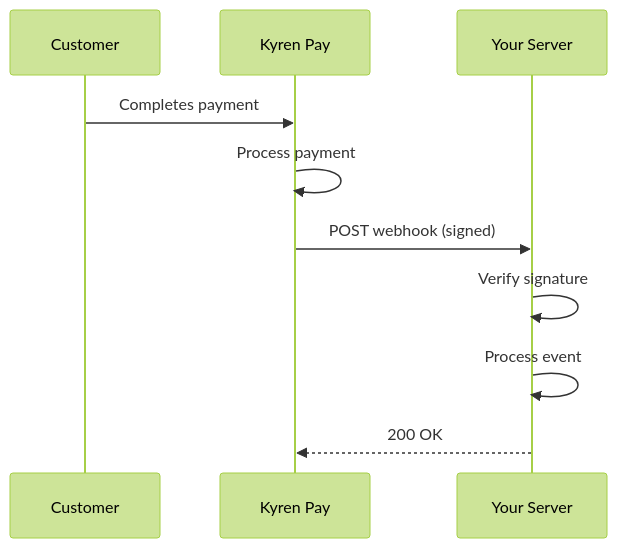
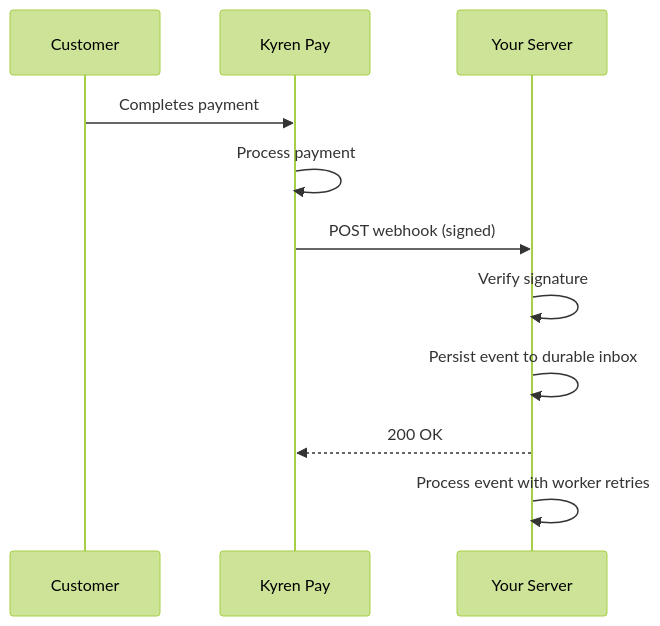
The diagram in webhooks/overview.mdx (kyren-network/mintlify-docs), drawn with Mermaid (forest theme) before and after one commit. The commit also changed other lines of this file and 58 other files, not shown here.

````diff
--- a/webhooks/overview.mdx
+++ b/webhooks/overview.mdx
@@ -10,13 +10,14 @@
 ```mermaid
 sequenceDiagram
     participant Customer
     participant KyrenPay as Kyren Pay
     participant YourServer as Your Server
 
     Customer->>KyrenPay: Completes payment
     KyrenPay->>KyrenPay: Process payment
     KyrenPay->>YourServer: POST webhook (signed)
     YourServer->>YourServer: Verify signature
-    YourServer->>YourServer: Process event
+    YourServer->>YourServer: Persist event to durable inbox
     YourServer-->>KyrenPay: 200 OK
+    YourServer->>YourServer: Process event with worker retries
 ```
````
